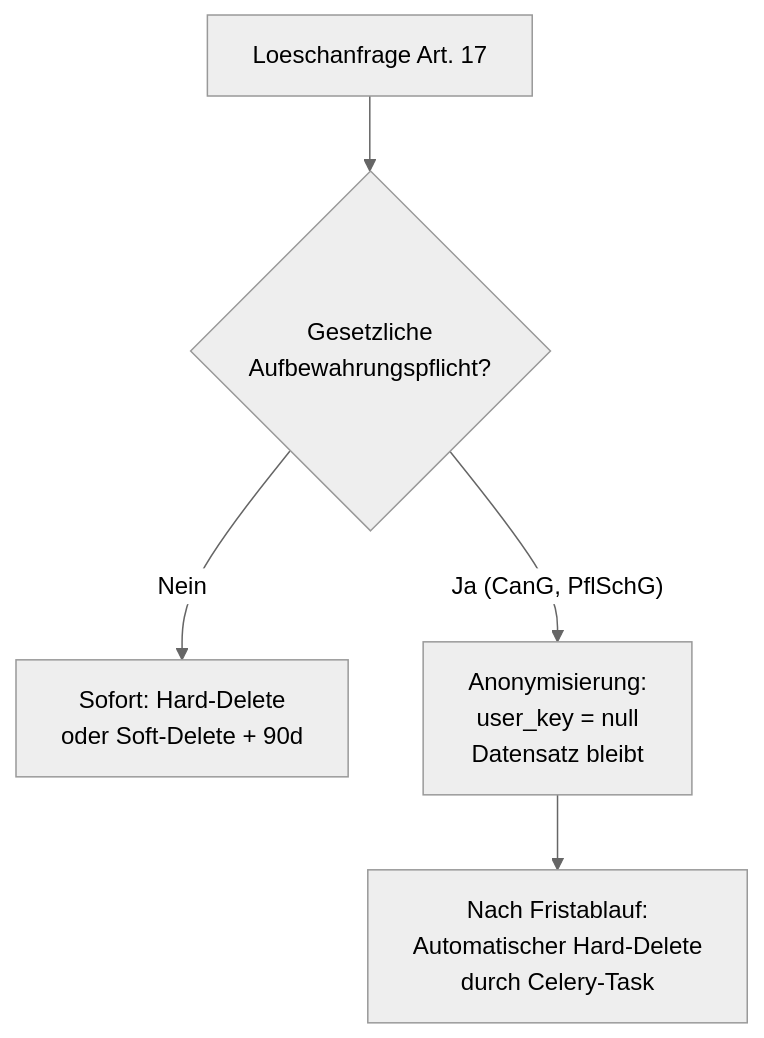
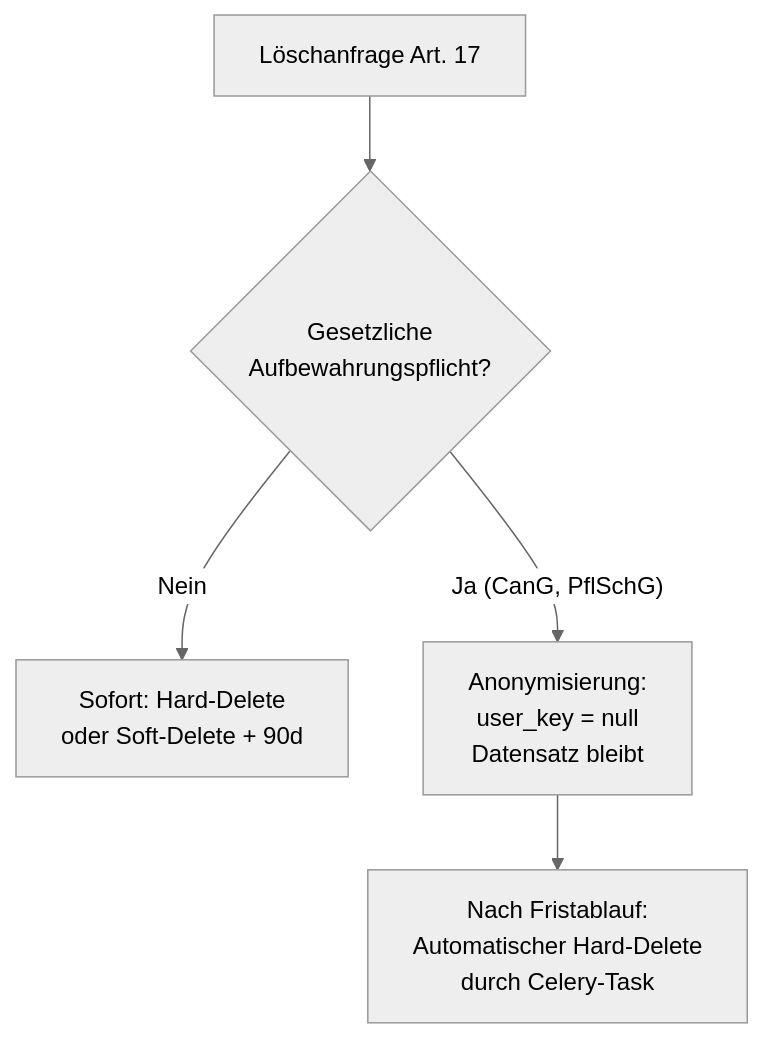
Before and after one commit to nolte/kamerplanter: the third of 3 diagrams in docs/de/guides/data-retention.md, drawn with Mermaid (neutral theme). The commit also changed other lines of this file and 77 other files, not shown here.

````diff
--- a/docs/de/guides/data-retention.md
+++ b/docs/de/guides/data-retention.md
@@ -216,7 +216,7 @@
 ```mermaid
 flowchart TD
-    A["Loeschanfrage Art. 17"] --> B{"Gesetzliche<br/>Aufbewahrungspflicht?"}
+    A["Löschanfrage Art. 17"] --> B{"Gesetzliche<br/>Aufbewahrungspflicht?"}
     B -- "Nein" --> C["Sofort: Hard-Delete<br/>oder Soft-Delete + 90d"]
     B -- "Ja (CanG, PflSchG)" --> D["Anonymisierung:<br/>user_key = null<br/>Datensatz bleibt"]
     D --> E["Nach Fristablauf:<br/>Automatischer Hard-Delete<br/>durch Celery-Task"]
 ```
````
